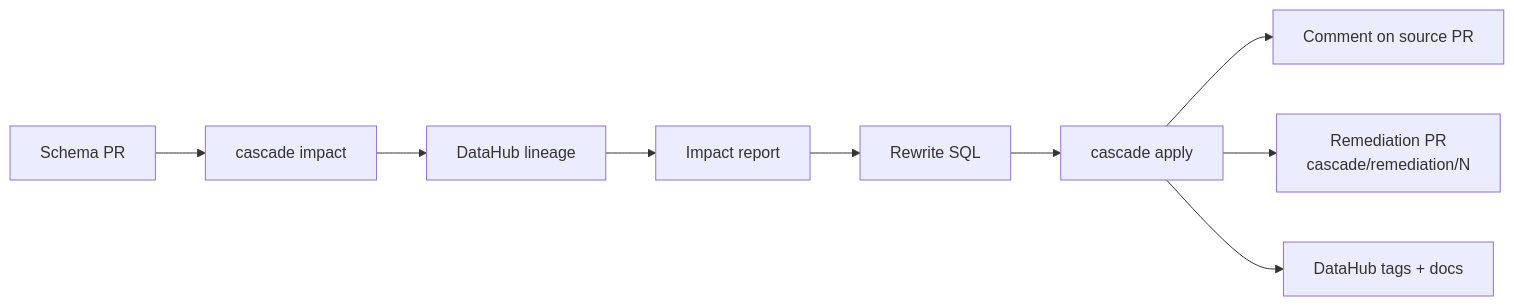
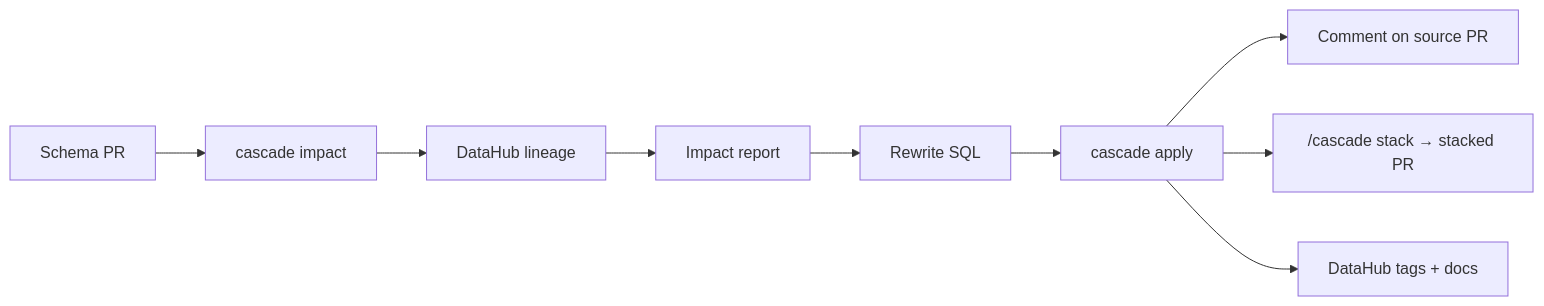
The first of 3 diagrams in README.md (himxsh/Cascade), drawn with Mermaid before and after one commit. The commit also changed other lines of this file and 23 other files, not shown here.

First line of the commit message:
Comment first on schema PRs; open a stacked PR only on /cascade stack.

````diff
--- a/README.md
+++ b/README.md
@@ -24,11 +24,11 @@
 ```mermaid
 flowchart LR
   A[Schema PR] --> B[cascade impact]
   B --> C[DataHub lineage]
   C --> D[Impact report]
   D --> E[Rewrite SQL]
   E --> F[cascade apply]
   F --> G[Comment on source PR]
-  F --> H["Remediation PR<br/>cascade/remediation/N"]
+  F --> H["/cascade stack → stacked PR"]
   F --> I[DataHub tags + docs]
 ```
````
